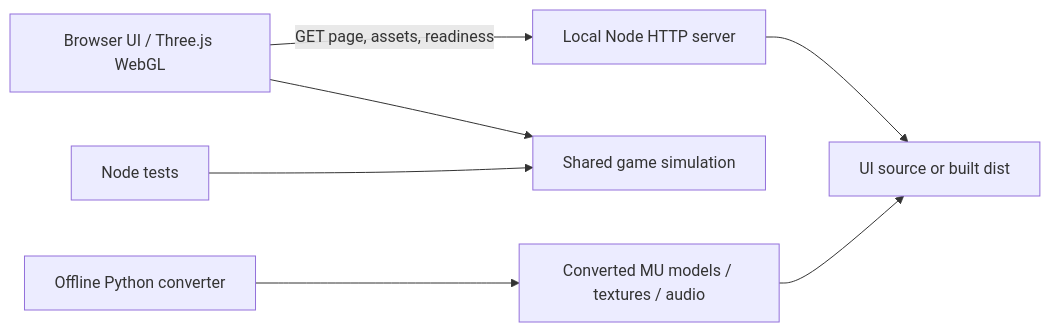
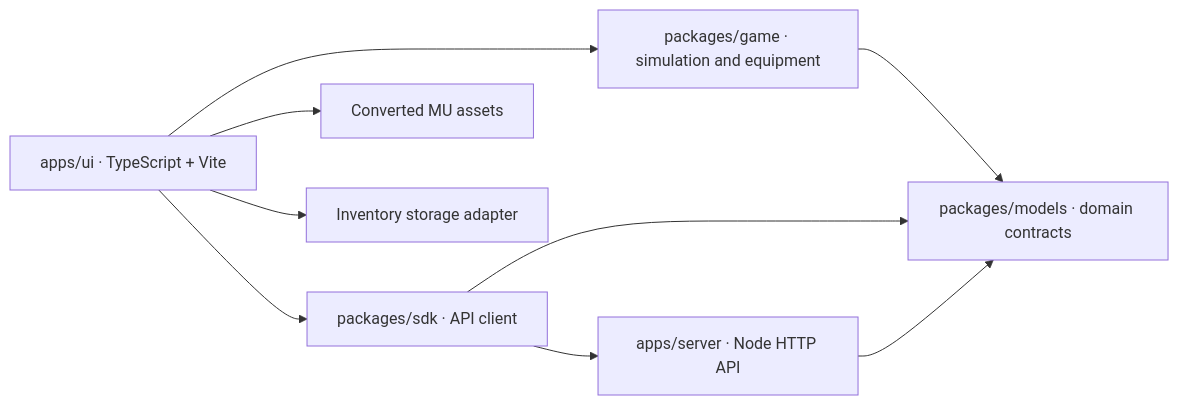
The first of 2 diagrams in ARCHITECTURE.md (thiswallz/vibe-mu-survivor), drawn with Mermaid before and after one commit. The commit also changed other lines of this file and 76 other files, not shown here.

````diff
--- a/ARCHITECTURE.md
+++ b/ARCHITECTURE.md
@@ -3,9 +3,11 @@
 ```mermaid
 flowchart LR
-  Browser[Browser UI / Three.js WebGL] -->|GET page, assets, readiness| Server[Local Node HTTP server]
-  Server --> UI[UI source or built dist]
-  Browser --> Game[Shared game simulation]
-  Converter[Offline Python converter] --> Assets[Converted MU models / textures / audio]
-  Assets --> UI
-  Tests[Node tests] --> Game
+  UI[apps/ui · TypeScript + Vite] --> Game[packages/game · simulation and equipment]
+  UI --> SDK[packages/sdk · API client]
+  SDK --> API[apps/server · Node HTTP API]
+  Game --> Models[packages/models · domain contracts]
+  SDK --> Models
+  API --> Models
+  UI --> Assets[Converted MU assets]
+  UI --> Store[Inventory storage adapter]
 ```
````
